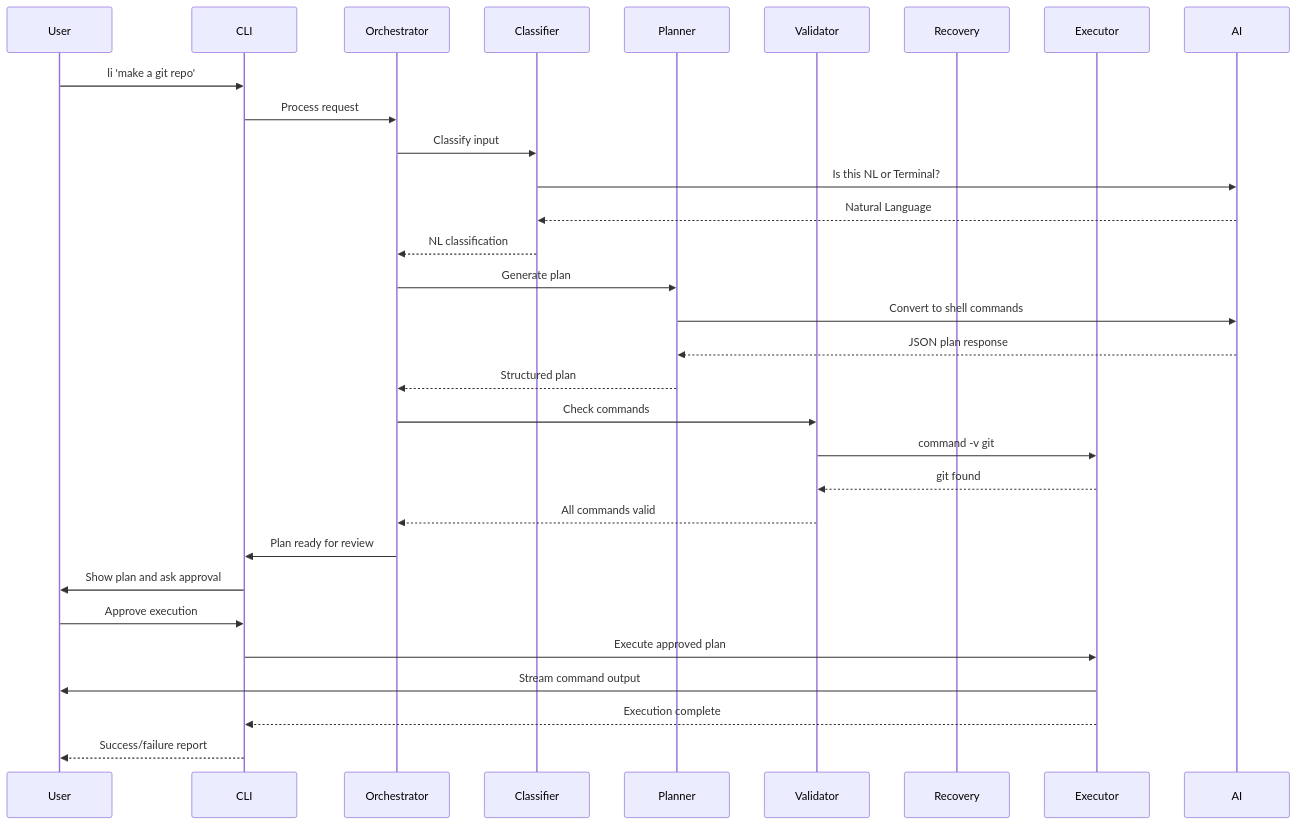
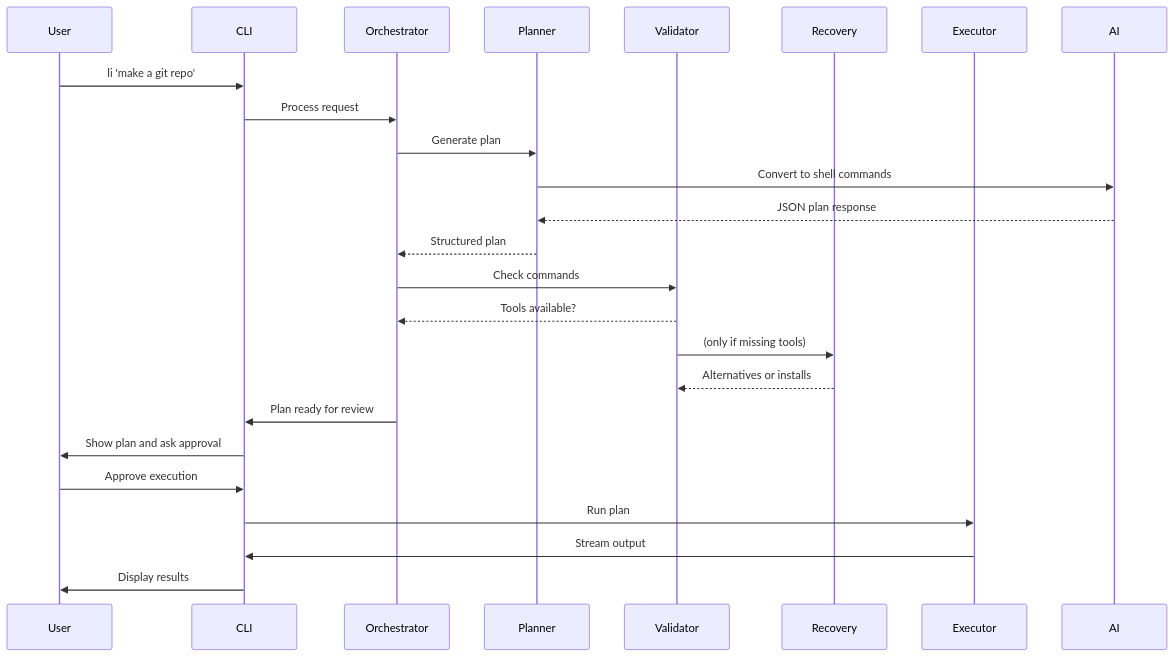
One commit to bitrifttech/li changed the third of 5 diagrams in documentation/architecture-overview.md. Above: the diagram before and after it, drawn with Mermaid. The commit also changed other lines of this file and 19 other files, not shown here.

Commit message:
Removed classify and command line install

````diff
--- a/documentation/architecture-overview.md
+++ b/documentation/architecture-overview.md
@@ -329,37 +249,30 @@
 ```mermaid
 sequenceDiagram
     participant User
     participant CLI
     participant Orchestrator
-    participant Classifier
     participant Planner
     participant Validator
     participant Recovery
     participant Executor
     participant AI
-    
+
     User->>CLI: li 'make a git repo'
     CLI->>Orchestrator: Process request
-    Orchestrator->>Classifier: Classify input
-    Classifier->>AI: Is this NL or Terminal?
-    AI-->>Classifier: Natural Language
-    Classifier-->>Orchestrator: NL classification
-    
     Orchestrator->>Planner: Generate plan
     Planner->>AI: Convert to shell commands
     AI-->>Planner: JSON plan response
     Planner-->>Orchestrator: Structured plan
-    
+
     Orchestrator->>Validator: Check commands
-    Validator->>Executor: command -v git
-    Executor-->>Validator: git found
-    Validator-->>Orchestrator: All commands valid
-    
+    Validator-->>Orchestrator: Tools available?
+    Validator->>Recovery: (only if missing tools)
+    Recovery-->>Validator: Alternatives or installs
+
     Orchestrator->>CLI: Plan ready for review
     CLI->>User: Show plan and ask approval
     User->>CLI: Approve execution
-    CLI->>Executor: Execute approved plan
-    Executor->>User: Stream command output
-    Executor-->>CLI: Execution complete
-    CLI-->>User: Success/failure report
+    CLI->>Executor: Run plan
+    Executor->>CLI: Stream output
+    CLI->>User: Display results
 ```
````
